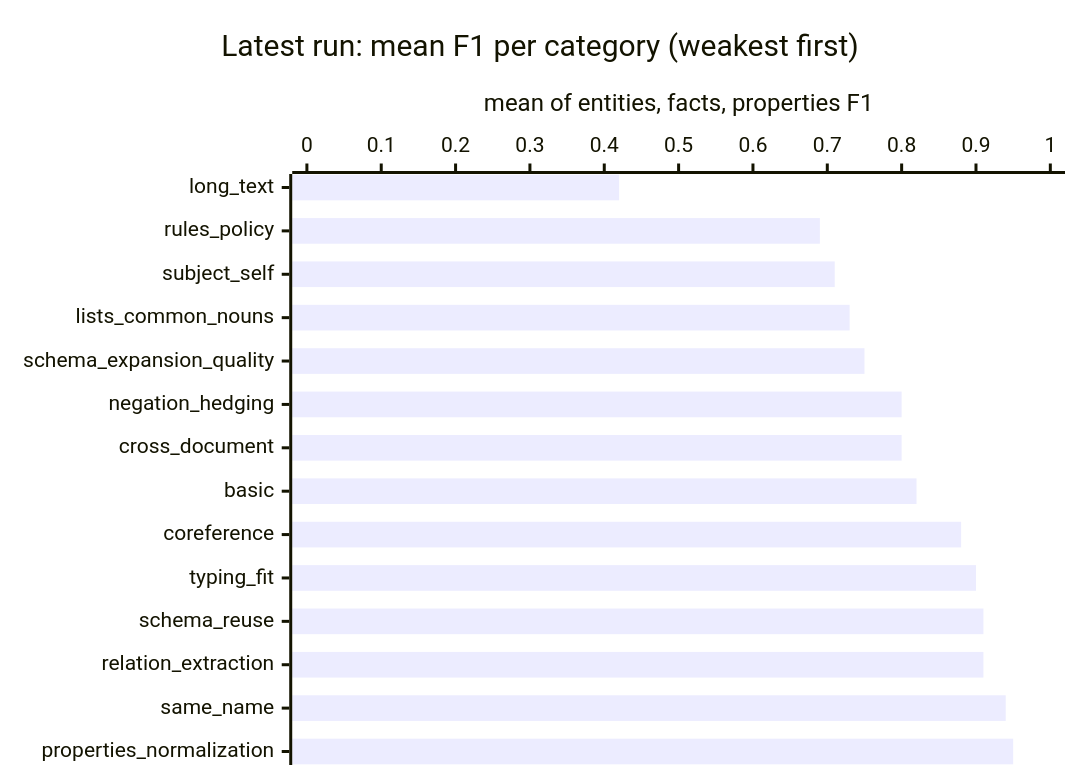
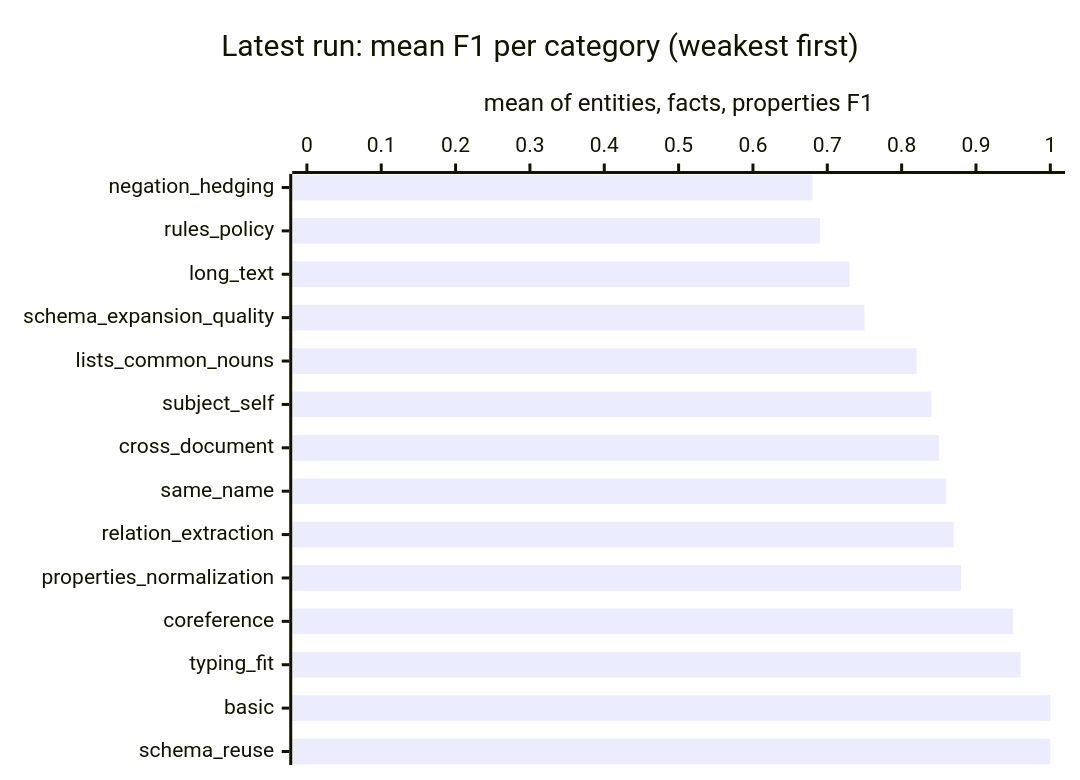
The second of 2 diagrams in lib/tests/benchmarks/extraction/results/README.md (megagonlabs/blue-data-kb-source), drawn with Mermaid before and after one commit. The commit also changed other lines of this file and 5 other files, not shown here.

````diff
--- a/lib/tests/benchmarks/extraction/results/README.md
+++ b/lib/tests/benchmarks/extraction/results/README.md
@@ -39,7 +39,7 @@
 ```mermaid
 xychart-beta horizontal
     title "Latest run: mean F1 per category (weakest first)"
-    x-axis ["long_text", "rules_policy", "subject_self", "lists_common_nouns", "schema_expansion_quality", "negation_hedging", "cross_document", "basic", "coreference", "typing_fit", "schema_reuse", "relation_extraction", "same_name", "properties_normalization"]
+    x-axis ["negation_hedging", "rules_policy", "long_text", "schema_expansion_quality", "lists_common_nouns", "subject_self", "cross_document", "same_name", "relation_extraction", "properties_normalization", "coreference", "typing_fit", "basic", "schema_reuse"]
     y-axis "mean of entities, facts, properties F1" 0 --> 1
-    bar [0.42, 0.69, 0.71, 0.73, 0.75, 0.80, 0.80, 0.82, 0.88, 0.90, 0.91, 0.91, 0.94, 0.95]
+    bar [0.68, 0.69, 0.73, 0.75, 0.82, 0.84, 0.85, 0.86, 0.87, 0.88, 0.95, 0.96, 1.00, 1.00]
 ```
````
